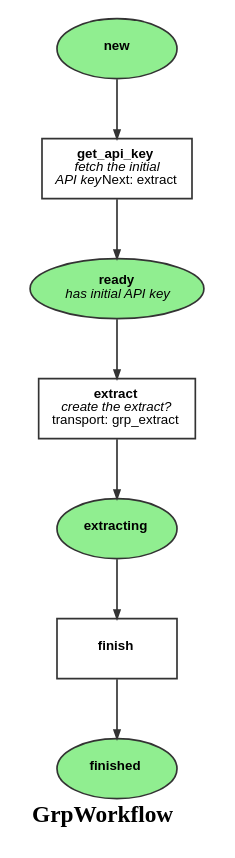
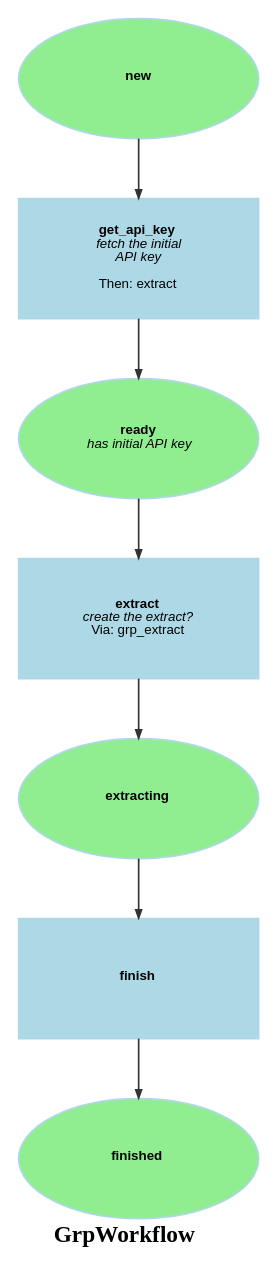
Before and after one commit to survos-sites/mds: the diagram in doc/GrpWorkflow.dot, drawn with Graphviz. The commit also changed 7 other files, not shown here.

```diff
--- a/doc/GrpWorkflow.dot
+++ b/doc/GrpWorkflow.dot
@@ -1,19 +1,19 @@
 digraph workflow {
   ratio="compress" rankdir="TB" label=<<B>GrpWorkflow</B>>
-  node [fontsize="8" fontname="Arial" color="#333333" fillcolor="lightgreen" fixedsize="false" width="1"];
+  node [fontsize="8" fontname="Arial" color="lightBlue" style="filled" fixedsize="false" width="2" height="1"];
   edge [fontsize="7" fontname="Arial" color="#333333" arrowhead="normal" arrowsize="0.5"];
 
   place_new [label=<<B>new</B>>, shape=oval fillcolor="lightgreen" style="filled"];
   place_ready [label=<<B>ready</B><BR/><I>has initial API key</I>>, shape=oval fillcolor="lightgreen" style="filled"];
   place_extracting [label=<<B>extracting</B>>, shape=oval fillcolor="lightgreen" style="filled"];
   place_finished [label=<<B>finished</B>>, shape=oval fillcolor="lightgreen" style="filled"];
-  transition_0 [label=<<B>get_api_key</B><BR/><I>fetch the initial<BR/>API key</I>Next: extract>, shape="box" regular=""];
-  transition_1 [label=<<B>extract</B><BR/><I>create the extract?</I><BR/>transport: grp_extract>, shape="box" regular=""];
+  transition_0 [label=<<B>get_api_key</B><BR/><I>fetch the initial<BR/>API key</I><BR/><BR/>Then: extract>, shape="box" regular=""];
+  transition_1 [label=<<B>extract</B><BR/><I>create the extract?</I><BR/>Via: grp_extract>, shape="box" regular=""];
   transition_2 [label=<<B>finish</B>>, shape="box" regular=""];
   place_new -> transition_0 [style="solid", comment="new"];
   transition_0 -> place_ready [style="solid"];
   place_ready -> transition_1 [style="solid", comment="ready"];
   transition_1 -> place_extracting [style="solid"];
   place_extracting -> transition_2 [style="solid", comment="extracting"];
   transition_2 -> place_finished [style="solid"];
 }
```
